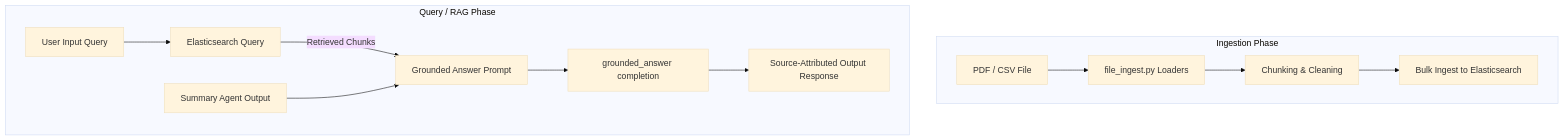
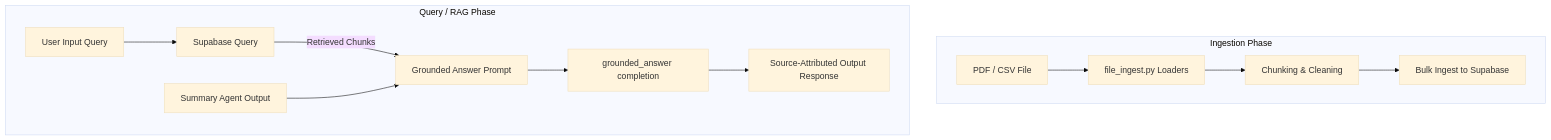
One commit to Sayan-Official-32/Agentic-Platform changed the eighth of 8 diagrams in docs/system_reference_documentation.md. Above: the diagram before and after it, drawn with Mermaid (base theme). The commit also changed other lines of this file and 2 other files, not shown here.

````diff
--- a/docs/system_reference_documentation.md
+++ b/docs/system_reference_documentation.md
@@ -455,16 +455,16 @@
 ```mermaid
 flowchart TD
     subgraph Ingestion Phase
         Doc[PDF / CSV File] --> Loader[file_ingest.py Loaders]
         Loader --> Cleaner[Chunking & Cleaning]
-        Cleaner --> ESIndex[Bulk Ingest to Elasticsearch]
+        Cleaner --> ESIndex[Bulk Ingest to Supabase]
     end
 
     subgraph Query / RAG Phase
-        Query[User Input Query] --> ES[Elasticsearch Query]
+        Query[User Input Query] --> ES[Supabase Query]
         ES -->|Retrieved Chunks| Ground[Grounded Answer Prompt]
         Summary[Summary Agent Output] --> Ground
         Ground --> Generator[grounded_answer completion]
         Generator --> Output[Source-Attributed Output Response]
     end
 ```
````
